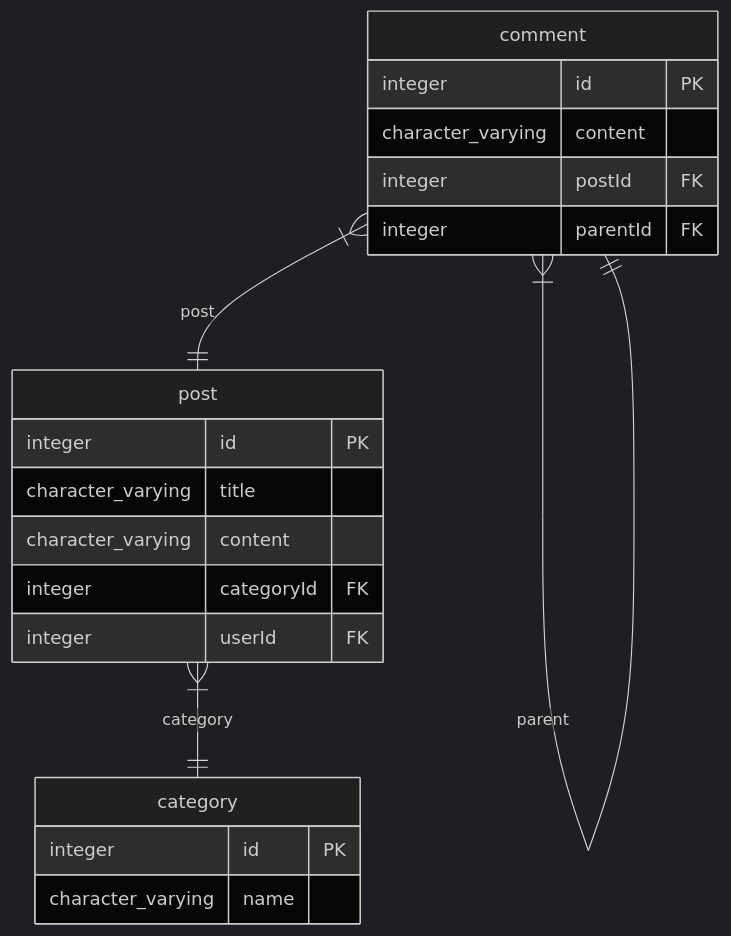
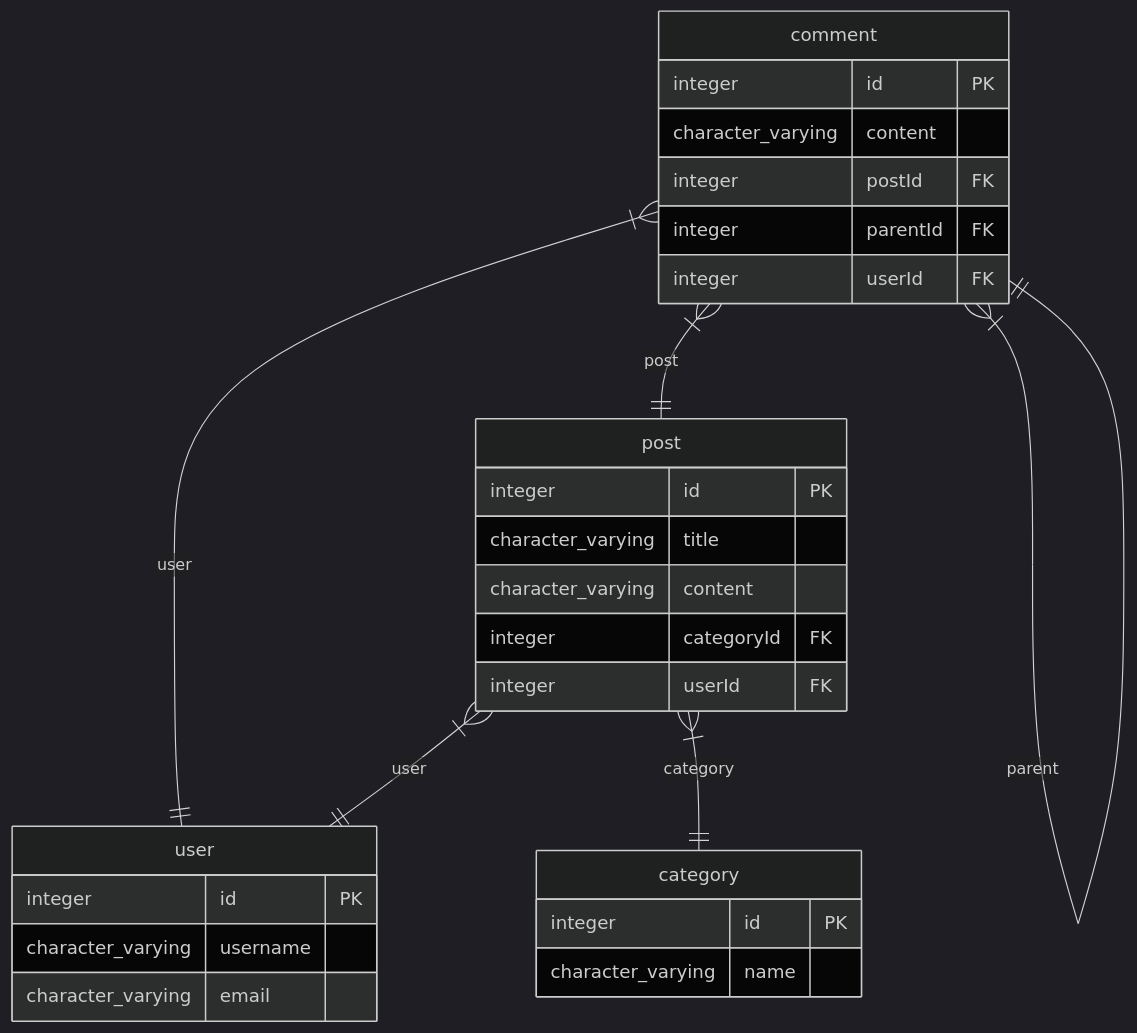
Before and after one commit to hermin9804/typeorm-markdown-generator: the first of 3 diagrams in test/test-nestjs-app/docs/postgres-erd.md, drawn with Mermaid (dark theme). The commit also changed other lines of this file and 13 other files, not shown here.

Commit message:
feat: test erd entity 추가

````diff
--- a/test/test-nestjs-app/docs/postgres-erd.md
+++ b/test/test-nestjs-app/docs/postgres-erd.md
@@ -17,23 +18,31 @@
 ```mermaid
 erDiagram
   comment {
     integer id PK
     character_varying content
     integer postId FK
     integer parentId FK
+    integer userId FK
   }
   category {
     integer id PK
     character_varying name
   }
   post {
     integer id PK
     character_varying title
     character_varying content
     integer categoryId FK
     integer userId FK
   }
+  user {
+    integer id PK
+    character_varying username
+    character_varying email
+  }
   comment }|--|| post: post
   comment }|--|| comment: parent
+  comment }|--|| user: user
+  post }|--|| user: user
   post }|--|| category: category
 ```
````
